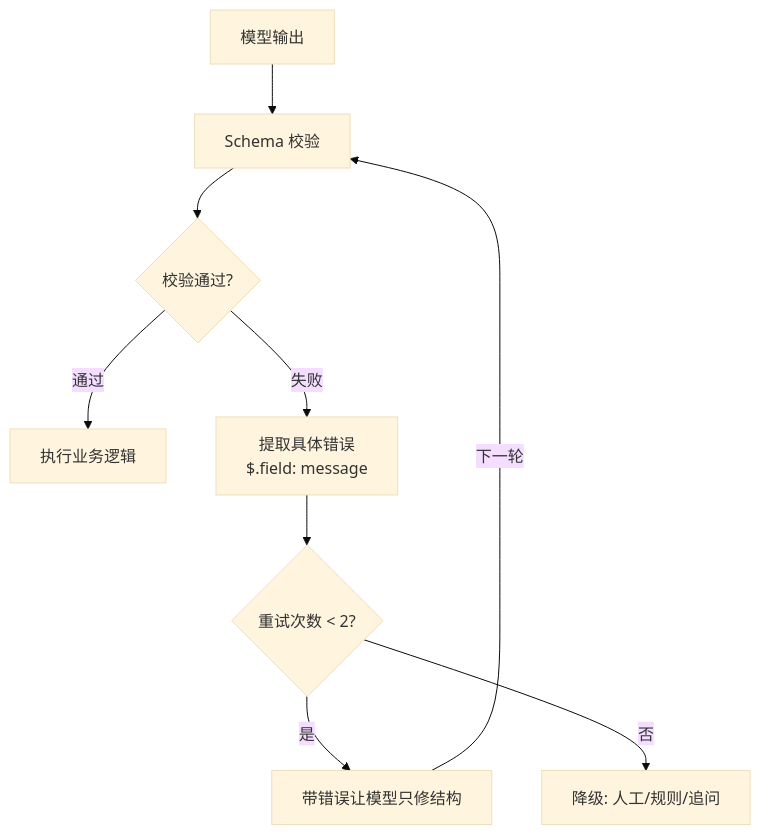
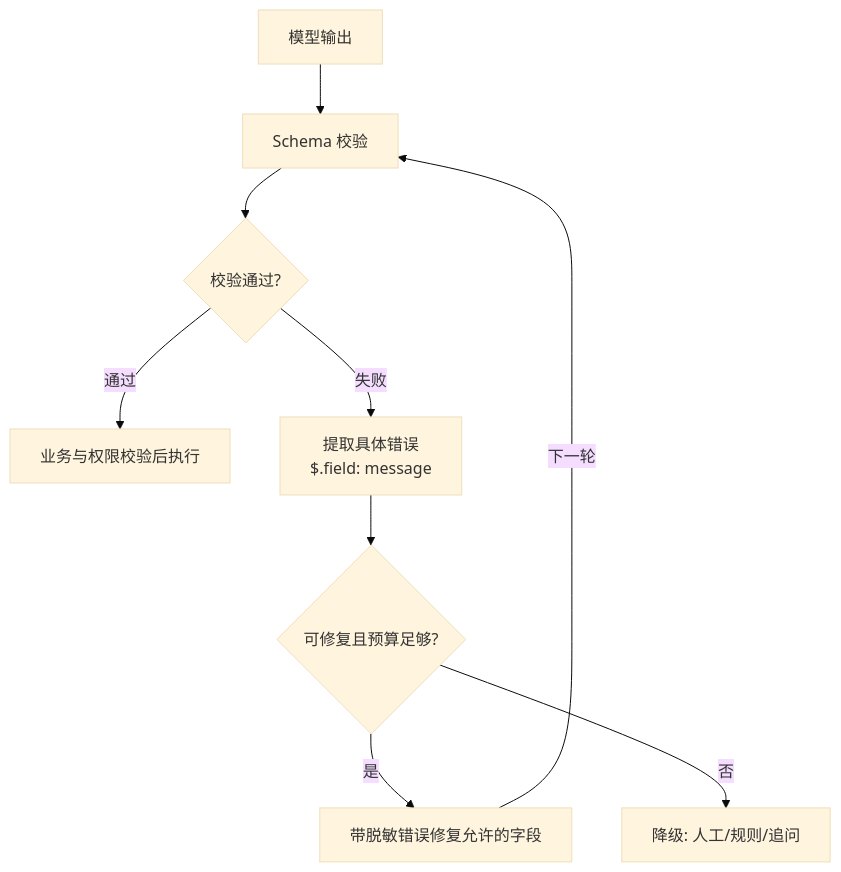
Before and after one commit to zhaoge0202/zhaoge_blog: the second of 2 diagrams in src/ai/ai-prompt-structured-output.md, drawn with Mermaid (base theme). The commit also changed other lines of this file and 44 other files, not shown here.

````diff
--- a/src/ai/ai-prompt-structured-output.md
+++ b/src/ai/ai-prompt-structured-output.md
@@ -133,11 +131,11 @@
 ```mermaid
 flowchart TB
     A[模型输出] --> B[Schema 校验]
     B --> C{校验通过?}
-    C -->|通过| D[执行业务逻辑]
+    C -->|通过| D[业务与权限校验后执行]
     C -->|失败| E[提取具体错误<br/>$.field: message]
-    E --> F{重试次数 < 2?}
-    F -->|是| G[带错误让模型只修结构]
+    E --> F{可修复且预算足够?}
+    F -->|是| G[带脱敏错误修复允许的字段]
     G -->|下一轮| B
     F -->|否| H[降级: 人工/规则/追问]
 ```
````
